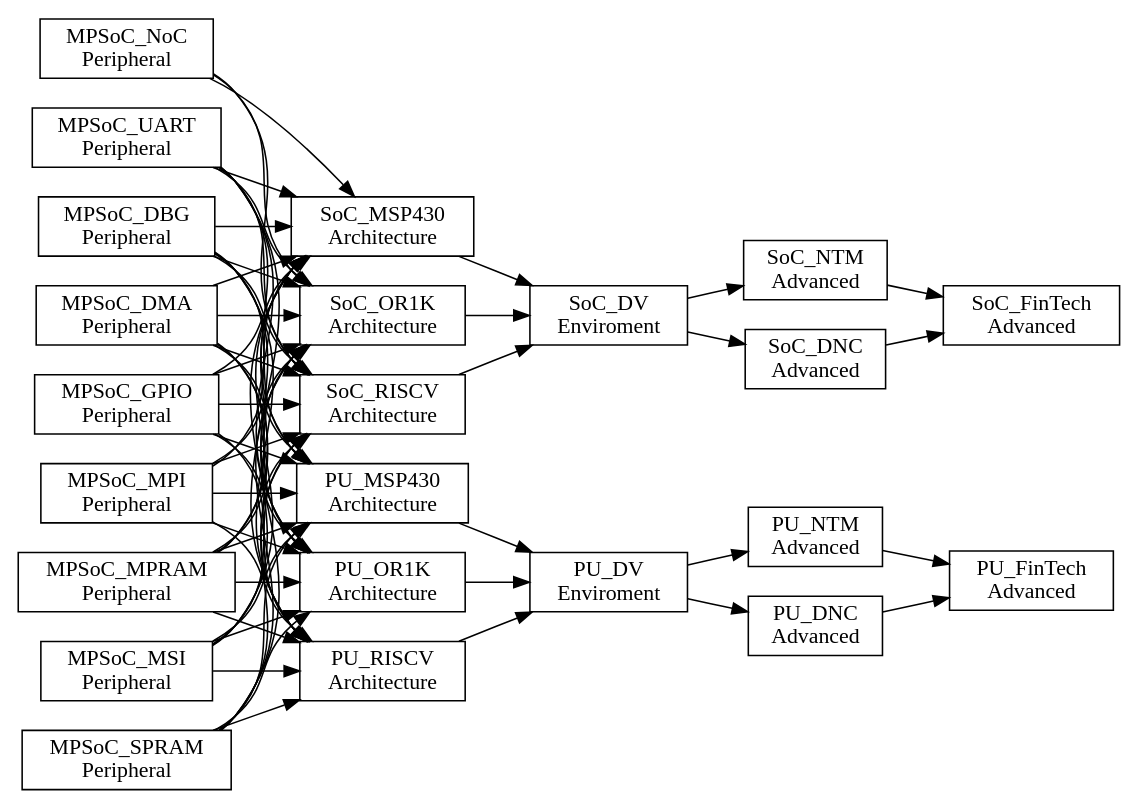
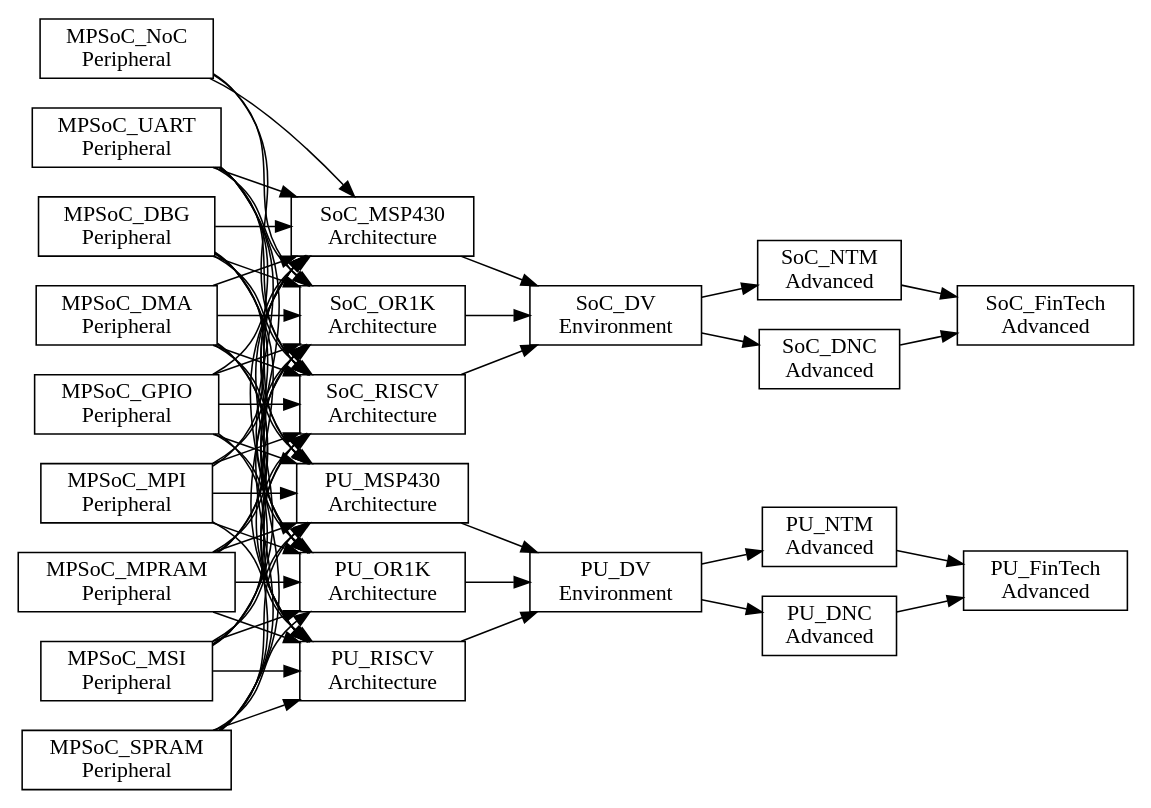
Before and after one commit to PacoReinaCampo/SoC-RTOS: the diagram in doc/traditional/assets/chapter6/dependences-soc-fintech.dot, drawn with Graphviz. The commit also changed 21 other files, not shown here.

```diff
--- a/doc/traditional/assets/chapter6/dependences-soc-fintech.dot
+++ b/doc/traditional/assets/chapter6/dependences-soc-fintech.dot
@@ -1,122 +1,122 @@
 digraph Project {
   // Introduction
   graph [rankdir = LR];
   node[shape=record];
 
   // Peripheral Blocks
   MPSoC_DBG[label="MPSoC_DBG \nPeripheral"];
   MPSoC_DMA[label="MPSoC_DMA \nPeripheral"];
   MPSoC_GPIO[label="MPSoC_GPIO \nPeripheral"];
   MPSoC_MPI[label="MPSoC_MPI \nPeripheral"];
   MPSoC_MPRAM[label="MPSoC_MPRAM \nPeripheral"];
   MPSoC_MSI[label="MPSoC_MSI \nPeripheral"];
   MPSoC_NoC[label="MPSoC_NoC \nPeripheral"];
   MPSoC_SPRAM[label="MPSoC_SPRAM \nPeripheral"];
   MPSoC_UART[label="MPSoC_UART \nPeripheral"];
 
   // Architecture Blocks
   SoC_MSP430[label="SoC_MSP430 \nArchitecture"];
   SoC_OR1K[label="SoC_OR1K \nArchitecture"];
   SoC_RISCV[label="SoC_RISCV \nArchitecture"];
   PU_MSP430[label="PU_MSP430 \nArchitecture"];
   PU_OR1K[label="PU_OR1K \nArchitecture"];
   PU_RISCV[label="PU_RISCV \nArchitecture"];
 
-  // Enviroment Blocks
-  SoC_DV[label="SoC_DV \nEnviroment"];
-  PU_DV[label="PU_DV \nEnviroment"];
+  // Environment Blocks
+  SoC_DV[label="SoC_DV \nEnvironment"];
+  PU_DV[label="PU_DV \nEnvironment"];
 
-  // Advanced A Blocks
+  // Accelerator Blocks
   SoC_NTM[label="SoC_NTM \nAdvanced"];
   PU_NTM[label="PU_NTM \nAdvanced"];
 
   SoC_DNC[label="SoC_DNC \nAdvanced"];
   PU_DNC[label="PU_DNC \nAdvanced"];
 
-  // Advanced B Blocks
+  // Advanced Blocks
   SoC_FinTech[label="SoC_FinTech \nAdvanced"];
   PU_FinTech[label="PU_FinTech \nAdvanced"];
 
   // Peripheral -> Architecture
   MPSoC_DBG -> SoC_MSP430;
   MPSoC_DMA -> SoC_MSP430;
   MPSoC_GPIO -> SoC_MSP430;
   MPSoC_MPI -> SoC_MSP430;
   MPSoC_MPRAM -> SoC_MSP430;
   MPSoC_MSI -> SoC_MSP430;
   MPSoC_NoC -> SoC_MSP430;
   MPSoC_SPRAM -> SoC_MSP430;
   MPSoC_UART -> SoC_MSP430;
 
   MPSoC_DBG -> PU_MSP430;
   MPSoC_DMA -> PU_MSP430;
   MPSoC_GPIO -> PU_MSP430;
   MPSoC_MPI -> PU_MSP430;
   MPSoC_MPRAM -> PU_MSP430;
   MPSoC_MSI -> PU_MSP430;
   MPSoC_SPRAM -> PU_MSP430;
   MPSoC_UART -> PU_MSP430;
 
 
   MPSoC_DBG -> SoC_OR1K;
   MPSoC_DMA -> SoC_OR1K;
   MPSoC_GPIO -> SoC_OR1K;
   MPSoC_MPI -> SoC_OR1K;
   MPSoC_MPRAM -> SoC_OR1K;
   MPSoC_MSI -> SoC_OR1K;
   MPSoC_NoC -> SoC_OR1K;
   MPSoC_SPRAM -> SoC_OR1K;
   MPSoC_UART -> SoC_OR1K;
 
   MPSoC_DBG -> PU_OR1K;
   MPSoC_DMA -> PU_OR1K;
   MPSoC_GPIO -> PU_OR1K;
   MPSoC_MPI -> PU_OR1K;
   MPSoC_MPRAM -> PU_OR1K;
   MPSoC_MSI -> PU_OR1K;
   MPSoC_SPRAM -> PU_OR1K;
   MPSoC_UART -> PU_OR1K;
 
 
   MPSoC_DBG -> SoC_RISCV;
   MPSoC_DMA -> SoC_RISCV;
   MPSoC_GPIO -> SoC_RISCV;
   MPSoC_MPI -> SoC_RISCV;
   MPSoC_MPRAM -> SoC_RISCV;
   MPSoC_MSI -> SoC_RISCV;
   MPSoC_NoC -> SoC_RISCV;
   MPSoC_SPRAM -> SoC_RISCV;
   MPSoC_UART -> SoC_RISCV;
 
   MPSoC_DBG -> PU_RISCV;
   MPSoC_DMA -> PU_RISCV;
   MPSoC_GPIO -> PU_RISCV;
   MPSoC_MPI -> PU_RISCV;
   MPSoC_MPRAM -> PU_RISCV;
   MPSoC_MSI -> PU_RISCV;
   MPSoC_SPRAM -> PU_RISCV;
   MPSoC_UART -> PU_RISCV;
 
-  // Architecture -> Enviroment
+  // Architecture -> Environment
   PU_MSP430 -> PU_DV;
   PU_OR1K -> PU_DV;
   PU_RISCV -> PU_DV;
 
   SoC_MSP430 -> SoC_DV;
   SoC_OR1K -> SoC_DV;
   SoC_RISCV -> SoC_DV;
 
-  // Enviroment -> Avanced A
+  // Environment -> Accelerator
   PU_DV -> PU_NTM;
   PU_DV -> PU_DNC;
 
   SoC_DV -> SoC_NTM;
   SoC_DV -> SoC_DNC;
 
-  // Avanced A -> Avanced B
+  // Accelerator -> Advanced
   PU_NTM -> PU_FinTech;
   PU_DNC -> PU_FinTech;
 
   SoC_NTM -> SoC_FinTech;
   SoC_DNC -> SoC_FinTech;
 }
```
